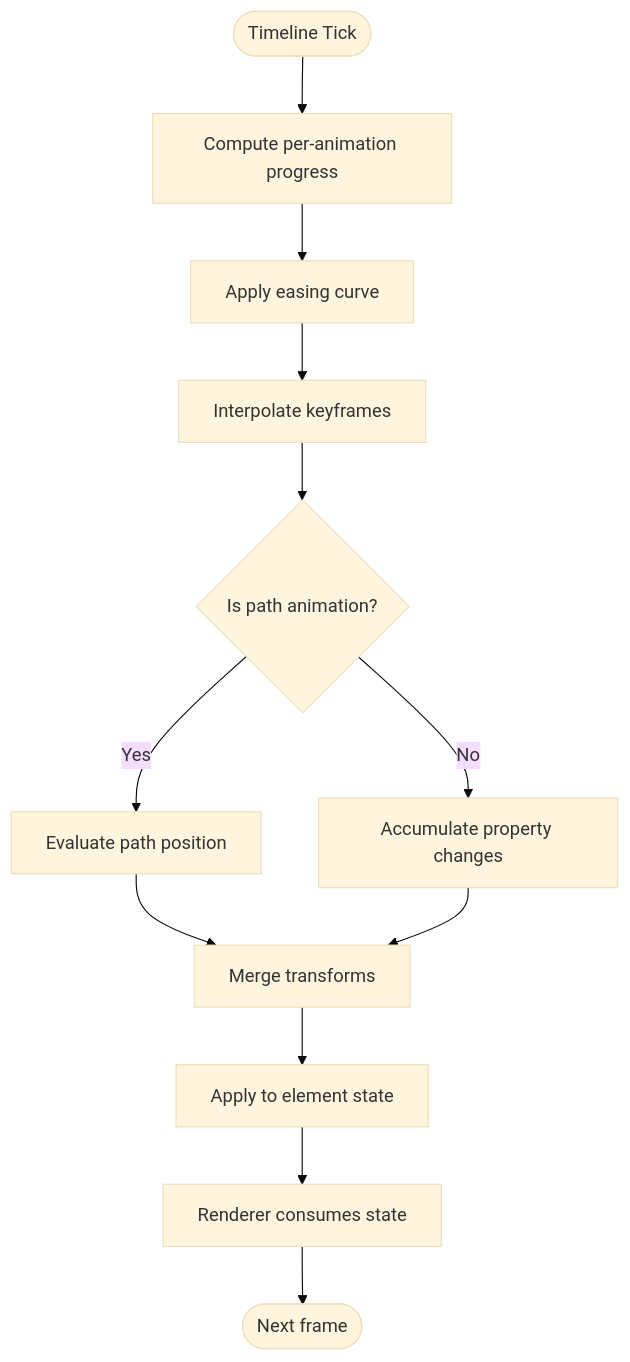
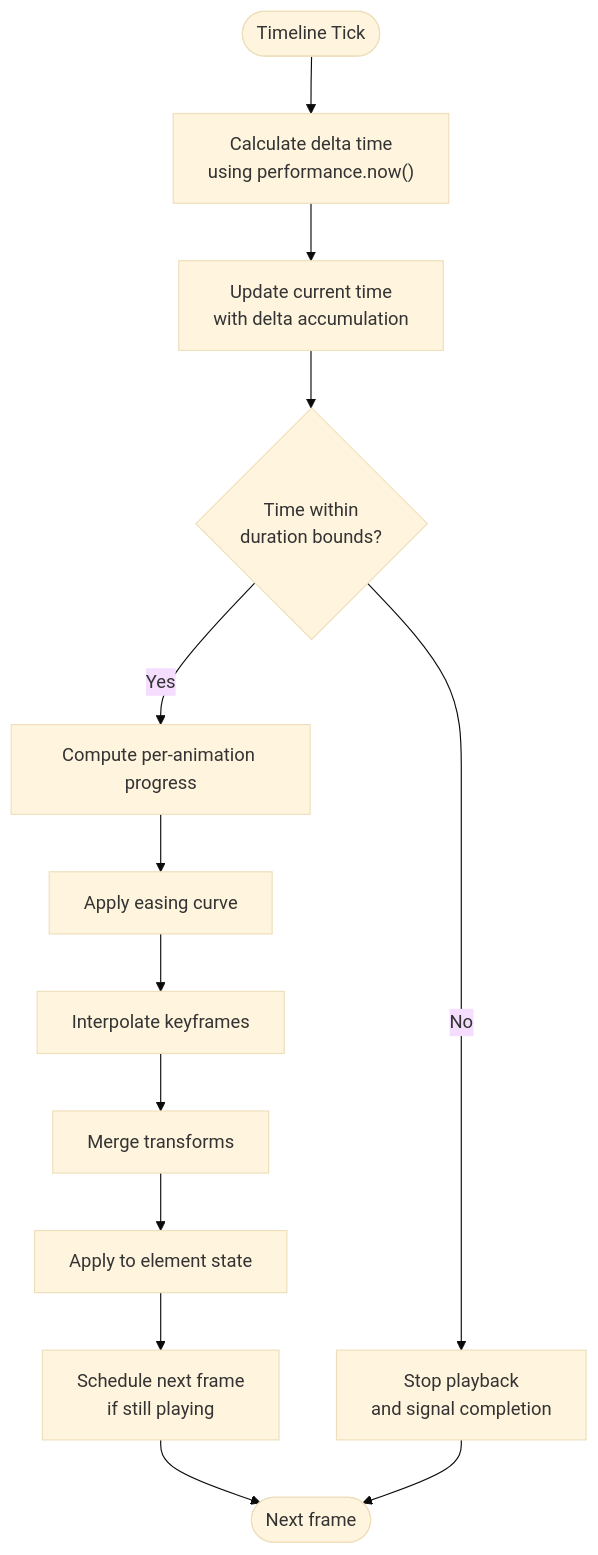
The third of 9 diagrams in .qoder/repowiki/en/content/Animation System/Animation System.md (Anna0314zy/ai_editor_enginer), drawn with Mermaid (base theme) before and after one commit. The commit also changed other lines of this file and 41 other files, not shown here.

````diff
--- a/.qoder/repowiki/en/content/Animation System/Animation System.md
+++ b/.qoder/repowiki/en/content/Animation System/Animation System.md
@@ -156,14 +182,15 @@
 ```mermaid
 flowchart TD
-Start(["Timeline Tick"]) --> CalcProgress["Compute per-animation progress"]
+Start(["Timeline Tick"]) --> CalcDelta["Calculate delta time<br/>using performance.now()"]
+CalcDelta --> UpdateTime["Update current time<br/>with delta accumulation"]
+UpdateTime --> CheckBounds{"Time within<br/>duration bounds?"}
+CheckBounds --> |Yes| CalcProgress["Compute per-animation progress"]
+CheckBounds --> |No| StopPlayback["Stop playback<br/>and signal completion"]
 CalcProgress --> Easing["Apply easing curve"]
 Easing --> KeyframeInterp["Interpolate keyframes"]
-KeyframeInterp --> PathEval{"Is path animation?"}
-PathEval --> |Yes| PathPos["Evaluate path position"]
-PathEval --> |No| PropAccum["Accumulate property changes"]
-PathPos --> Merge["Merge transforms"]
-PropAccum --> Merge
+KeyframeInterp --> Merge["Merge transforms"]
 Merge --> Apply["Apply to element state"]
-Apply --> Render["Renderer consumes state"]
-Render --> End(["Next frame"])
+Apply --> ScheduleNext["Schedule next frame<br/>if still playing"]
+ScheduleNext --> End(["Next frame"])
+StopPlayback --> End
 ```
````
